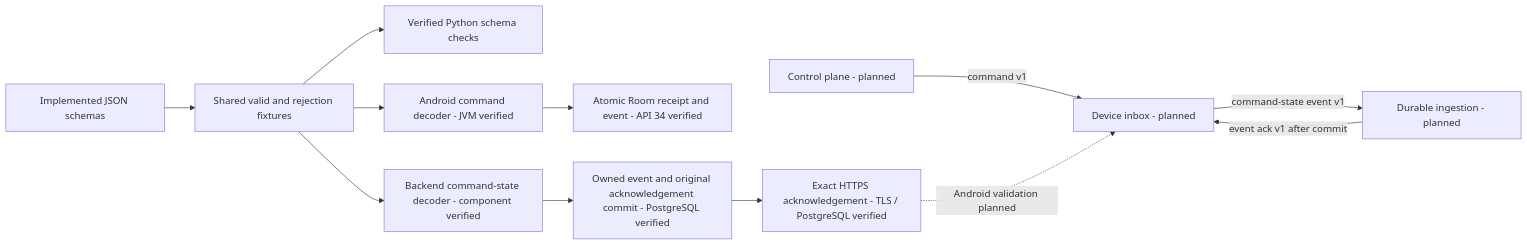
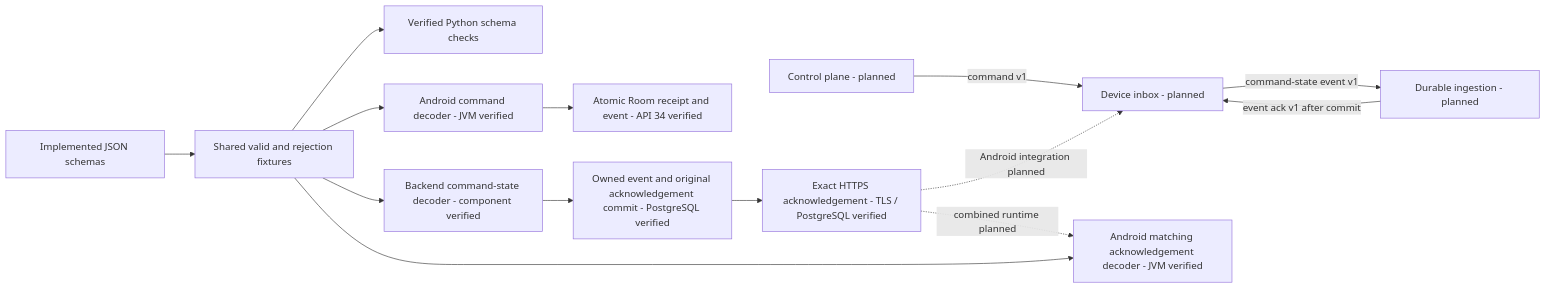
The diagram in contracts/README.md (michaelnwanna/custom-android-mdm-agent), drawn with Mermaid before and after one commit. The commit also changed other lines of this file and 109 other files, not shown here.

Commit message:
Add pinned Android event upload and strict matching acknowledgements

````diff
--- a/contracts/README.md
+++ b/contracts/README.md
@@ -23,14 +25,16 @@
 ```mermaid
 flowchart LR
     Server[Control plane - planned] -->|command v1| Device[Device inbox - planned]
     Device -->|command-state event v1| Ingest[Durable ingestion - planned]
     Ingest -->|event ack v1 after commit| Device
     Schemas[Implemented JSON schemas] --> Fixtures[Shared valid and rejection fixtures]
     Fixtures --> Checks[Verified Python schema checks]
     Fixtures --> Decoder[Android command decoder - JVM verified]
     Decoder --> Journal[Atomic Room receipt and event - API 34 verified]
     Fixtures --> EventDecoder[Backend command-state decoder - component verified]
     EventDecoder --> EventStore[Owned event and original acknowledgement commit - PostgreSQL verified]
     EventStore --> HttpsAck[Exact HTTPS acknowledgement - TLS / PostgreSQL verified]
-    HttpsAck -. Android validation planned .-> Device
+    HttpsAck -. Android integration planned .-> Device
+    Fixtures --> AckDecoder[Android matching acknowledgement decoder - JVM verified]
+    HttpsAck -. combined runtime planned .-> AckDecoder
 ```
````
